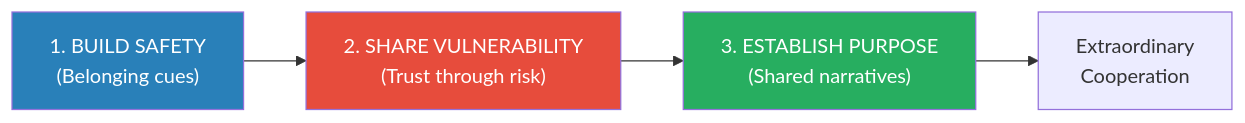
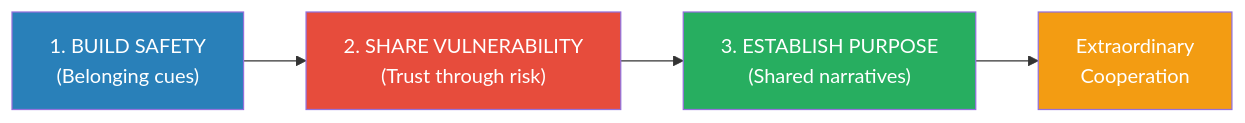
Before and after one commit to alius33/reader: the first of 6 diagrams in summaries/Leadership & Management/The Culture Code - Daniel Coyle.md, drawn with Mermaid. The commit also changed other lines of this file and 272 other files, not shown here.

````diff
--- a/summaries/Leadership & Management/The Culture Code - Daniel Coyle.md
+++ b/summaries/Leadership & Management/The Culture Code - Daniel Coyle.md
@@ -34,9 +29,10 @@
 ```mermaid
 flowchart LR
-    A["1. BUILD SAFETY\n(Belonging cues)"] --> B["2. SHARE VULNERABILITY\n(Trust through risk)"]
-    B --> C["3. ESTABLISH PURPOSE\n(Shared narratives)"]
-    C --> D["Extraordinary\nCooperation"]
+    A["1. BUILD SAFETY<br>(Belonging cues)"] --> B["2. SHARE VULNERABILITY<br>(Trust through risk)"]
+    B --> C["3. ESTABLISH PURPOSE<br>(Shared narratives)"]
+    C --> D["Extraordinary<br>Cooperation"]
     style A fill:#2980b9,color:#fff
     style B fill:#e74c3c,color:#fff
     style C fill:#27ae60,color:#fff
+    style D fill:#f39c12,color:#fff
 ```
````
